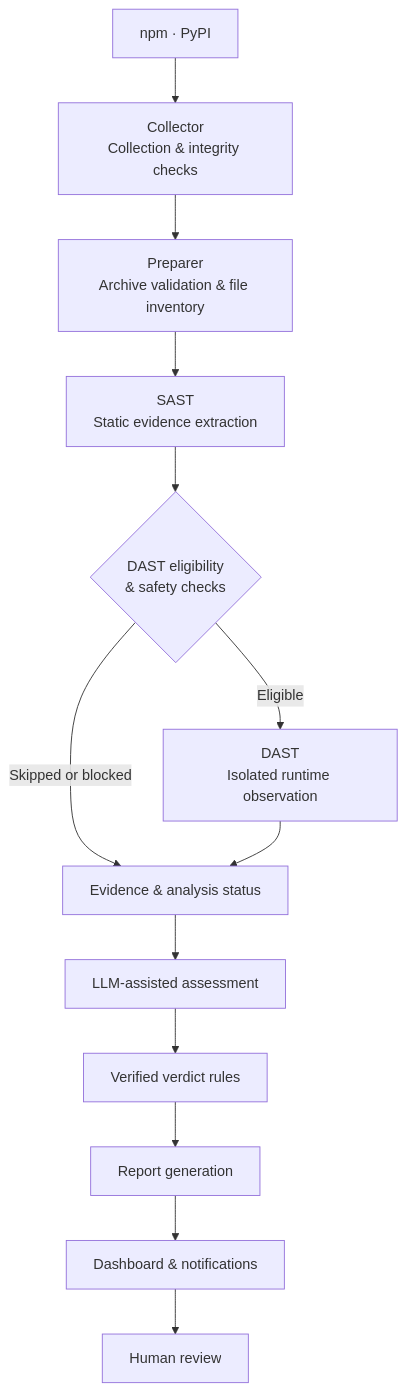
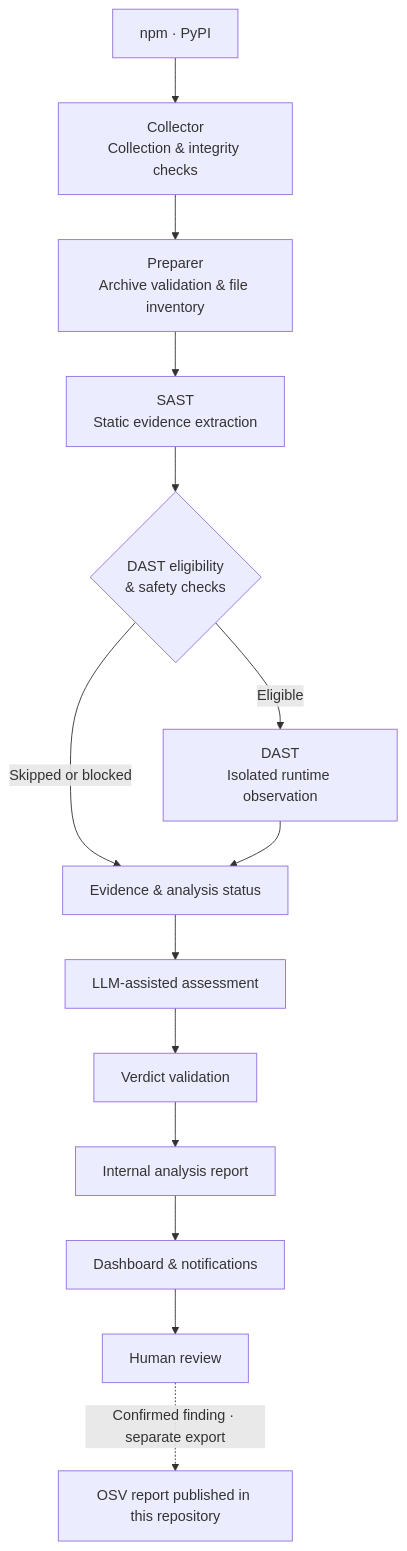
Before and after one commit to saic12/malicious-package-reports: the diagram in README.md, drawn with Mermaid. The commit also changed other lines of this file, not shown here.

````diff
--- a/README.md
+++ b/README.md
@@ -70,15 +62,16 @@
 ```mermaid
 flowchart TD
     A["npm · PyPI"] --> B["Collector<br/>Collection & integrity checks"]
     B --> C["Preparer<br/>Archive validation & file inventory"]
     C --> D["SAST<br/>Static evidence extraction"]
     D --> E{"DAST eligibility<br/>& safety checks"}
     E -->|Eligible| F["DAST<br/>Isolated runtime observation"]
     E -->|Skipped or blocked| G["Evidence & analysis status"]
     F --> G
     G --> H["LLM-assisted assessment"]
-    H --> I["Verified verdict rules"]
-    I --> J["Report generation"]
+    H --> I["Verdict validation"]
+    I --> J["Internal analysis report"]
     J --> K["Dashboard & notifications"]
     K --> L["Human review"]
+    L -. "Confirmed finding · separate export" .-> M["OSV report published in this repository"]
 ```
````
